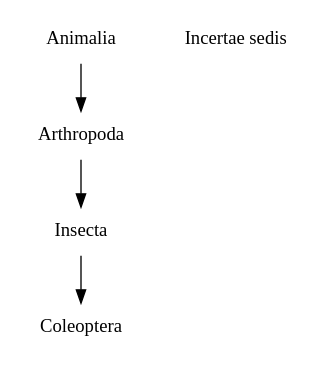
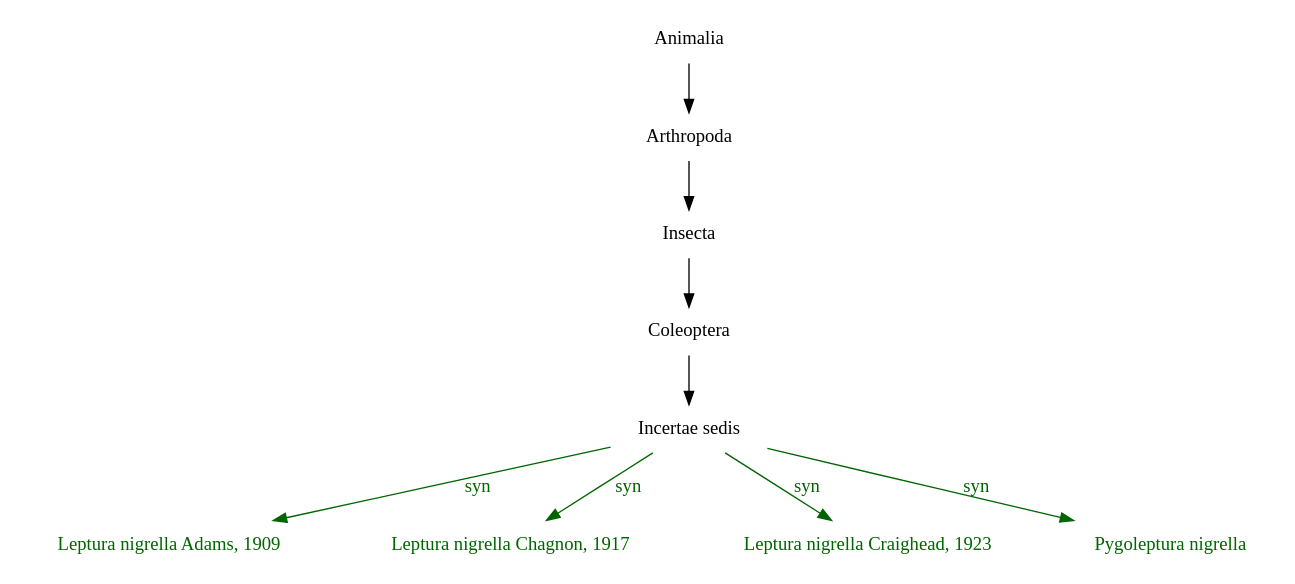
One commit to CatalogueOfLife/backend changed the diagram in colplus-admin/graphs/tree3.dot. Above: the diagram before and after it, drawn with Graphviz. The commit also changed 46 other files, not shown here.

```diff
--- a/colplus-admin/graphs/tree3.dot
+++ b/colplus-admin/graphs/tree3.dot
@@ -1,12 +1,21 @@
 digraph G {
   node [shape=plaintext]
 
   n0  [label="Animalia"]
   n0 -> n1
   n1  [label="Arthropoda"]
   n1 -> n2
   n2  [label="Insecta"]
   n2 -> n3
   n3  [label="Coleoptera"]
+  n3 -> n8
   n8  [label="Incertae sedis"]
+  n4  [label="Leptura nigrella Adams, 1909", fontcolor=darkgreen]
+  n8 -> n4  [color=darkgreen, fontcolor=darkgreen, label=syn]
+  n5  [label="Leptura nigrella Chagnon, 1917", fontcolor=darkgreen]
+  n8 -> n5  [color=darkgreen, fontcolor=darkgreen, label=syn]
+  n6  [label="Leptura nigrella Craighead, 1923", fontcolor=darkgreen]
+  n8 -> n6  [color=darkgreen, fontcolor=darkgreen, label=syn]
+  n7  [label="Pygoleptura nigrella", fontcolor=darkgreen]
+  n8 -> n7  [color=darkgreen, fontcolor=darkgreen, label=syn]
 }
```
